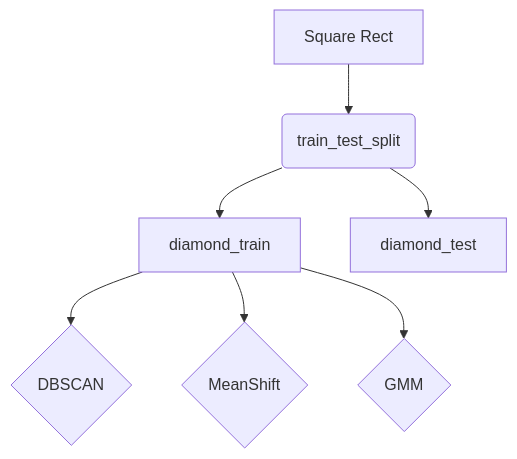
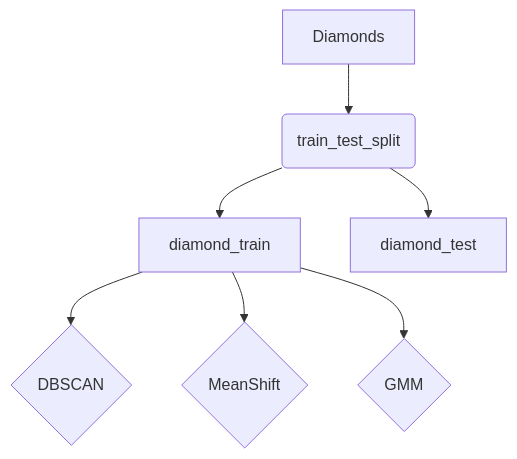
Before and after one commit to presetprogrammer/SeabornProject419: the diagram in ProjectOutline.md, drawn with Mermaid.

Commit message:
Typo in ProjectOutline.md

````diff
--- a/ProjectOutline.md
+++ b/ProjectOutline.md
@@ -31,9 +31,9 @@
 ```mermaid
 graph TD
-Diamonds[Square Rect] --> split(train_test_split)
+Diamonds[Diamonds] --> split(train_test_split)
 split --> dtrain[diamond_train]
 split --> dtest[diamond_test]
 dtrain --> scan{DBSCAN}
 dtrain --> shift{MeanShift}
 dtrain --> gmm{GMM}
 ```
````
